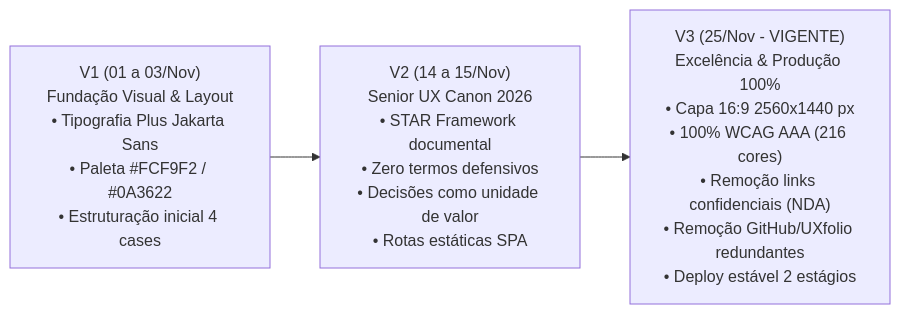
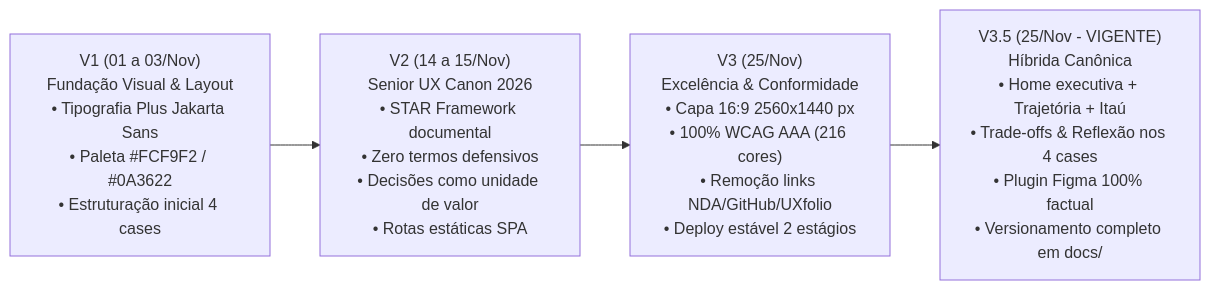
The diagram in docs/INDEX_GOVERNANCA_E_DECISOES.md (israelfull-commits/portfolio), drawn with Mermaid before and after one commit. The commit also changed other lines of this file and 6 other files, not shown here.

Commit message:
feat(v3.5): apply hybrid canonical copy (Home trajectory/scope, Senior trade-offs & critical reflection in all 4 cases, factual Figma sync) and archive V3.5 versioned docs

````diff
--- a/docs/INDEX_GOVERNANCA_E_DECISOES.md
+++ b/docs/INDEX_GOVERNANCA_E_DECISOES.md
@@ -15,7 +15,8 @@
 ```mermaid
 flowchart LR
     V1["V1 (01 a 03/Nov)<br>Fundação Visual & Layout<br>• Tipografia Plus Jakarta Sans<br>• Paleta #FCF9F2 / #0A3622<br>• Estruturação inicial 4 cases"]
     V2["V2 (14 a 15/Nov)<br>Senior UX Canon 2026<br>• STAR Framework documental<br>• Zero termos defensivos<br>• Decisões como unidade de valor<br>• Rotas estáticas SPA"]
-    V3["V3 (25/Nov - VIGENTE)<br>Excelência & Produção 100%<br>• Capa 16:9 2560x1440 px<br>• 100% WCAG AAA (216 cores)<br>• Remoção links confidenciais (NDA)<br>• Remoção GitHub/UXfolio redundantes<br>• Deploy estável 2 estágios"]
-    V1 --> V2 --> V3
+    V3["V3 (25/Nov)<br>Excelência & Conformidade<br>• Capa 16:9 2560x1440 px<br>• 100% WCAG AAA (216 cores)<br>• Remoção links NDA/GitHub/UXfolio<br>• Deploy estável 2 estágios"]
+    V35["V3.5 (25/Nov - VIGENTE)<br>Híbrida Canônica<br>• Home executiva + Trajetória + Itaú<br>• Trade-offs & Reflexão nos 4 cases<br>• Plugin Figma 100% factual<br>• Versionamento completo em docs/"]
+    V1 --> V2 --> V3 --> V35
 ```
````
